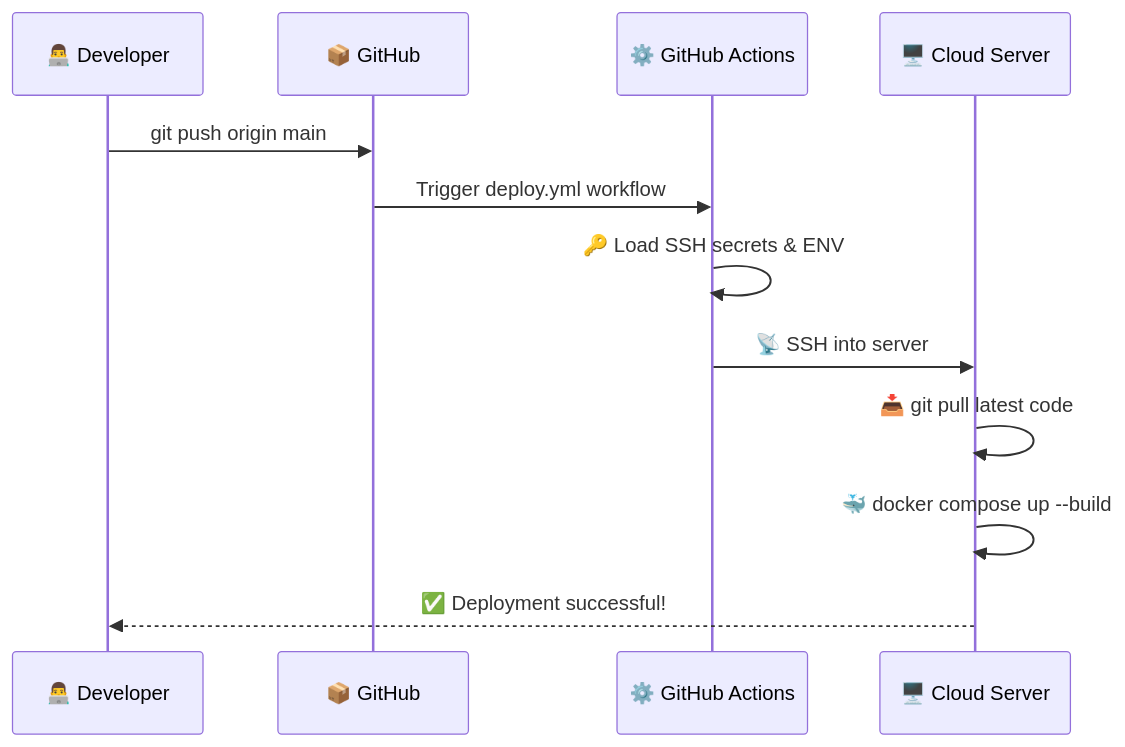
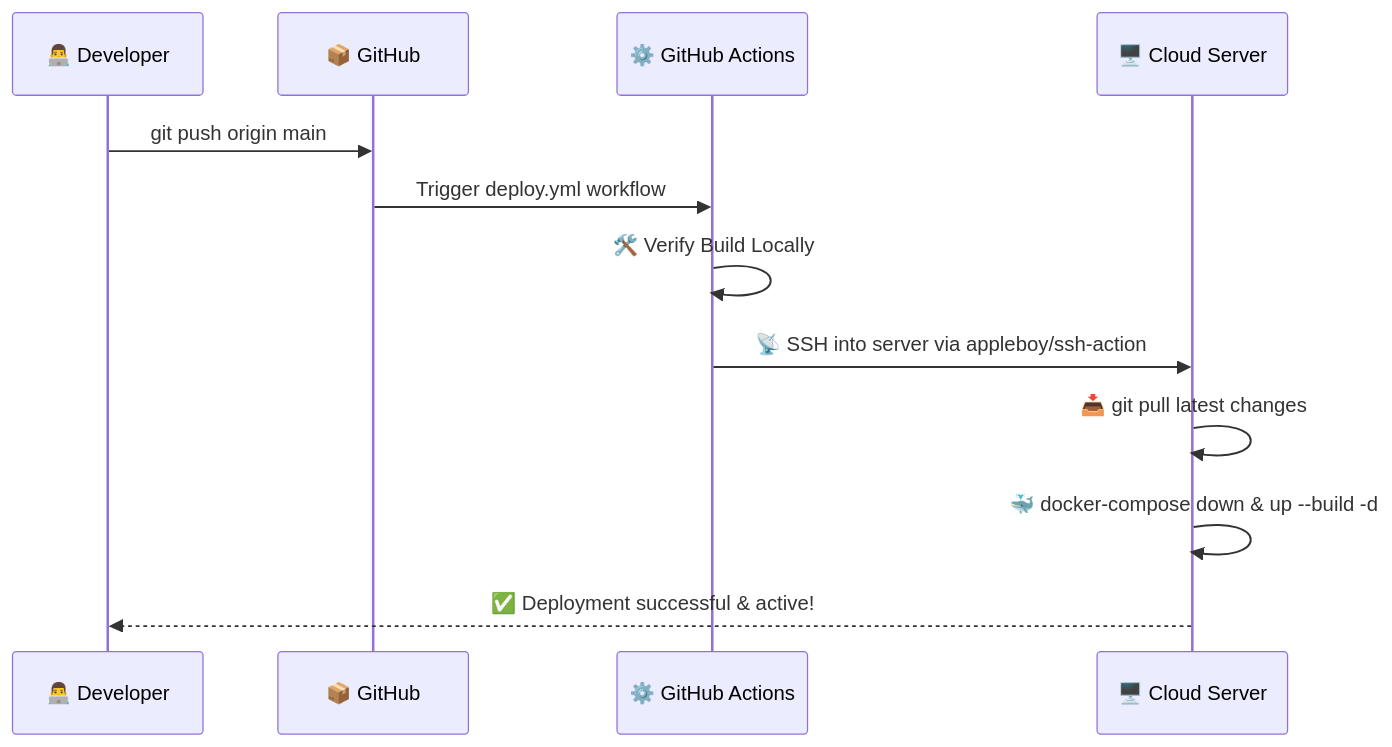
One commit to Akshatsrii/DockStack changed the second of 2 diagrams in README.md. Above: the diagram before and after it, drawn with Mermaid. The commit also changed other lines of this file and 3 other files, not shown here.

Commit message:
docs: update README with deployment guide and fix docker config

````diff
--- a/README.md
+++ b/README.md
@@ -358,15 +365,15 @@
 ```mermaid
 sequenceDiagram
     participant Dev as 👨‍💻 Developer
     participant GH  as 📦 GitHub
     participant GA  as ⚙️ GitHub Actions
     participant SRV as 🖥️ Cloud Server
 
     Dev->>GH: git push origin main
     GH->>GA: Trigger deploy.yml workflow
-    GA->>GA: 🔑 Load SSH secrets & ENV
-    GA->>SRV: 📡 SSH into server
-    SRV->>SRV: 📥 git pull latest code
-    SRV->>SRV: 🐳 docker compose up --build
-    SRV-->>Dev: ✅ Deployment successful!
+    GA->>GA: 🛠️ Verify Build Locally
+    GA->>SRV: 📡 SSH into server via appleboy/ssh-action
+    SRV->>SRV: 📥 git pull latest changes
+    SRV->>SRV: 🐳 docker-compose down & up --build -d
+    SRV-->>Dev: ✅ Deployment successful & active!
 ```
````
